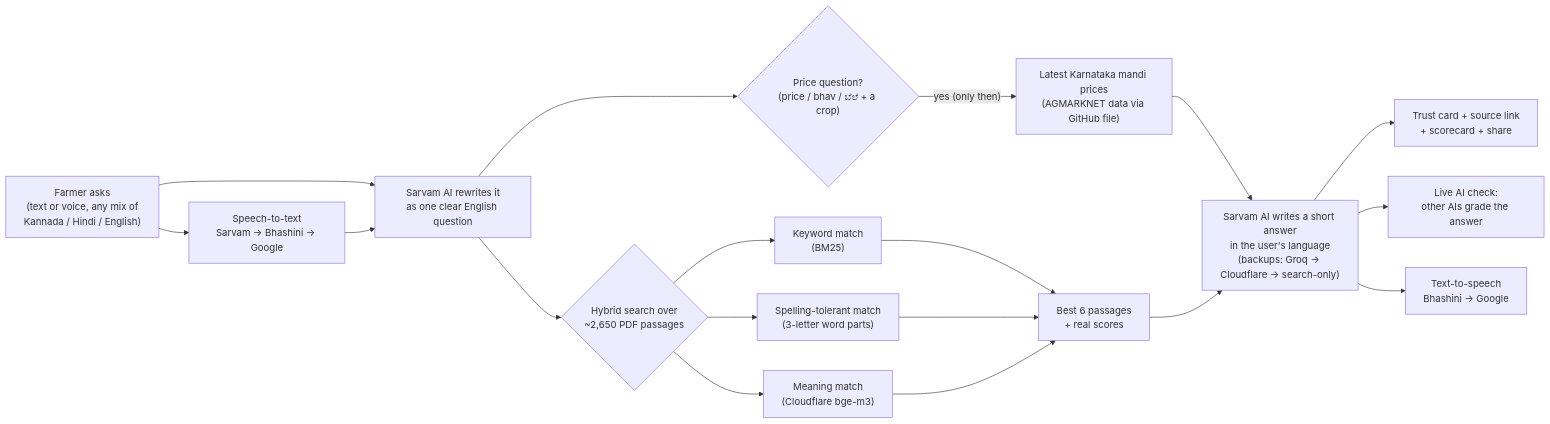
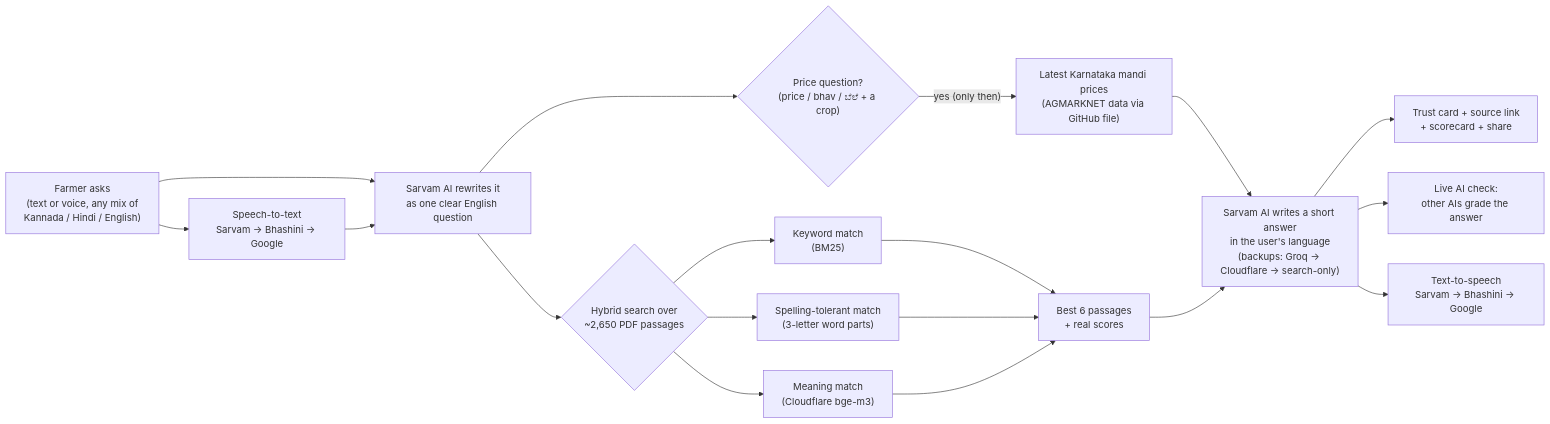
One commit to aashutoshkrsah/Sahakar-Sahayak changed the first of 2 diagrams in README.md. Above: the diagram before and after it, drawn with Mermaid. The commit also changed other lines of this file and 3 other files, not shown here.

````diff
--- a/README.md
+++ b/README.md
@@ -73,18 +73,18 @@
 ```mermaid
 flowchart LR
     A["Farmer asks<br/>(text or voice, any mix of<br/>Kannada / Hindi / English)"] --> B["Speech-to-text<br/>Sarvam → Bhashini → Google"]
     A --> C
     B --> C["Sarvam AI rewrites it<br/>as one clear English question"]
     C --> D{"Hybrid search over<br/>~2,650 PDF passages"}
     D --> D1["Keyword match<br/>(BM25)"]
     D --> D2["Spelling-tolerant match<br/>(3-letter word parts)"]
     D --> D3["Meaning match<br/>(Cloudflare bge-m3)"]
     D1 & D2 & D3 --> E["Best 6 passages<br/>+ real scores"]
     C --> P{"Price question?<br/>(price / bhav / ಬೆಲೆ + a crop)"}
     P -- "yes (only then)" --> P1["Latest Karnataka mandi prices<br/>(AGMARKNET data via GitHub file)"]
     P1 --> F
     E --> F["Sarvam AI writes a short answer<br/>in the user's language<br/>(backups: Groq → Cloudflare → search-only)"]
     F --> G["Trust card + source link<br/>+ scorecard + share"]
     F --> J["Live AI check:<br/>other AIs grade the answer"]
-    F --> H["Text-to-speech<br/>Bhashini → Google"]
+    F --> H["Text-to-speech<br/>Sarvam → Bhashini → Google"]
 ```
````
